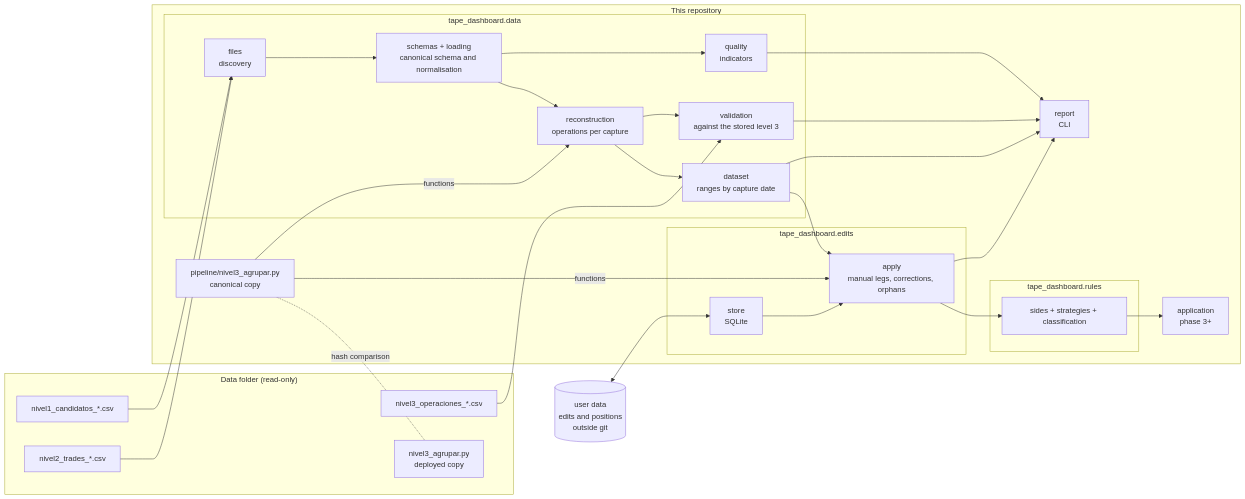
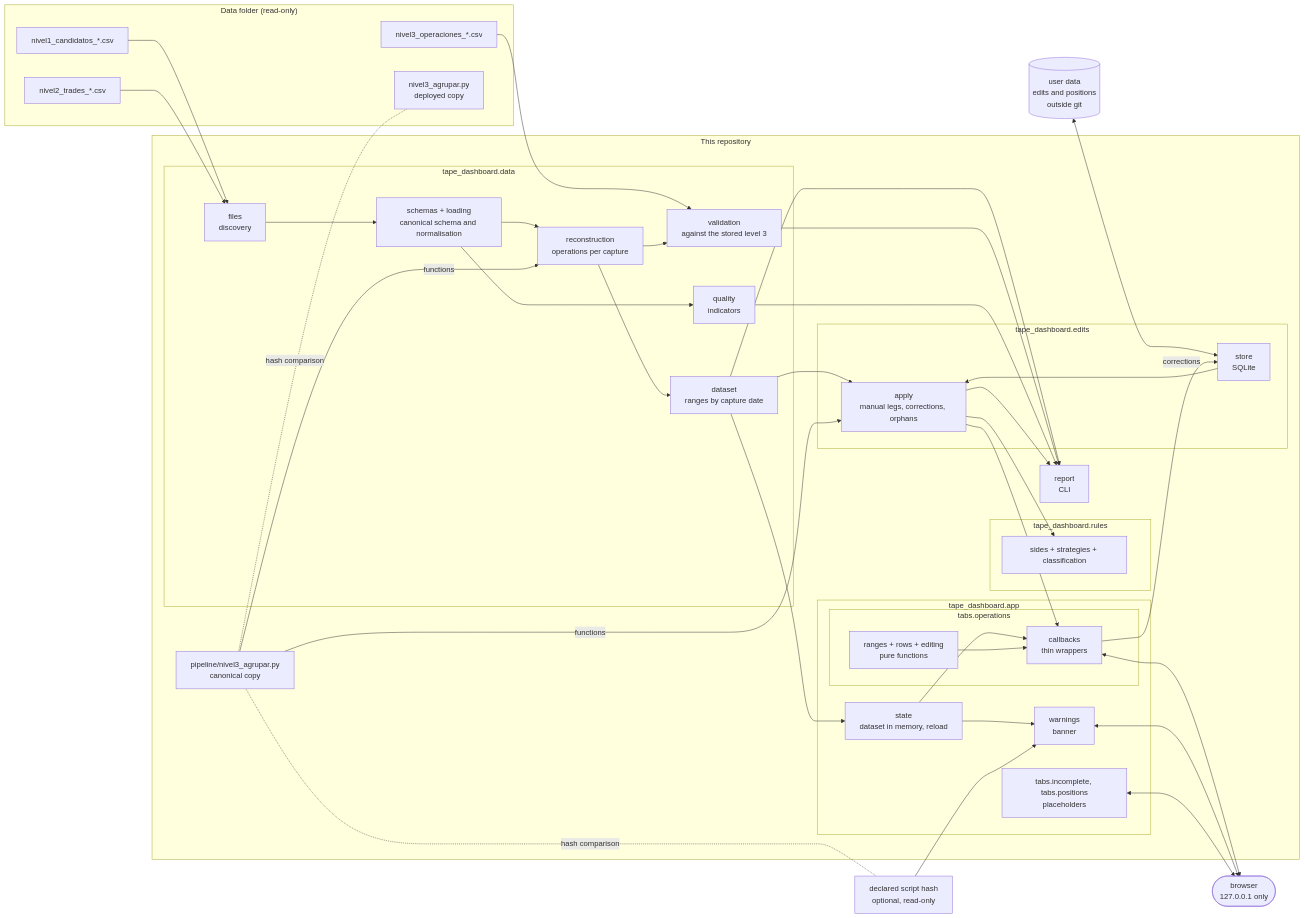
The diagram in docs/architecture.md (Promero20/options-tape-dashboard), drawn with Mermaid before and after one commit. The commit also changed other lines of this file and 5 other files, not shown here.

First line of the commit message:
Document the application and mark phase 3 as done

````diff
--- a/docs/architecture.md
+++ b/docs/architecture.md
@@ -3,44 +3,63 @@
 ```mermaid
 flowchart LR
     subgraph datafolder["Data folder (read-only)"]
         N1[nivel1_candidatos_*.csv]
         N2[nivel2_trades_*.csv]
         N3[nivel3_operaciones_*.csv]
         S[nivel3_agrupar.py<br/>deployed copy]
     end
+
+    H[declared script hash<br/>optional, read-only]
 
     subgraph repo["This repository"]
         P[pipeline/nivel3_agrupar.py<br/>canonical copy]
         subgraph data["tape_dashboard.data"]
             F[files<br/>discovery]
             L[schemas + loading<br/>canonical schema and normalisation]
             R[reconstruction<br/>operations per capture]
             D[dataset<br/>ranges by capture date]
             V[validation<br/>against the stored level 3]
             Q[quality<br/>indicators]
         end
         subgraph rules["tape_dashboard.rules"]
             RULES[sides + strategies + classification]
         end
         subgraph edits["tape_dashboard.edits"]
             ST[store<br/>SQLite]
             AP[apply<br/>manual legs, corrections, orphans]
         end
-        APP[application<br/>phase 3+]
+        subgraph app["tape_dashboard.app"]
+            STATE[state<br/>dataset in memory, reload]
+            W[warnings<br/>banner]
+            subgraph tab1["tabs.operations"]
+                PURE[ranges + rows + editing<br/>pure functions]
+                CB[callbacks<br/>thin wrappers]
+            end
+            TABS[tabs.incomplete, tabs.positions<br/>placeholders]
+        end
         REP[report<br/>CLI]
     end
+
+    B([browser<br/>127.0.0.1 only])
 
     U[(user data<br/>edits and positions<br/>outside git)]
 
     N1 & N2 --> F --> L --> R --> D
     N3 --> V
     P -- functions --> R
     P -. hash comparison .- S
     R --> V
     L --> Q
     D --> AP --> RULES
     U <--> ST --> AP
     P -- functions --> AP
-    RULES --> APP
+    D --> STATE
+    STATE --> W & CB
+    P -. hash comparison .- H
+    H --> W
+    AP --> CB
+    PURE --> CB
+    CB -- corrections --> ST
+    CB & W & TABS <--> B
     D & V & Q & AP --> REP
 ```
````
